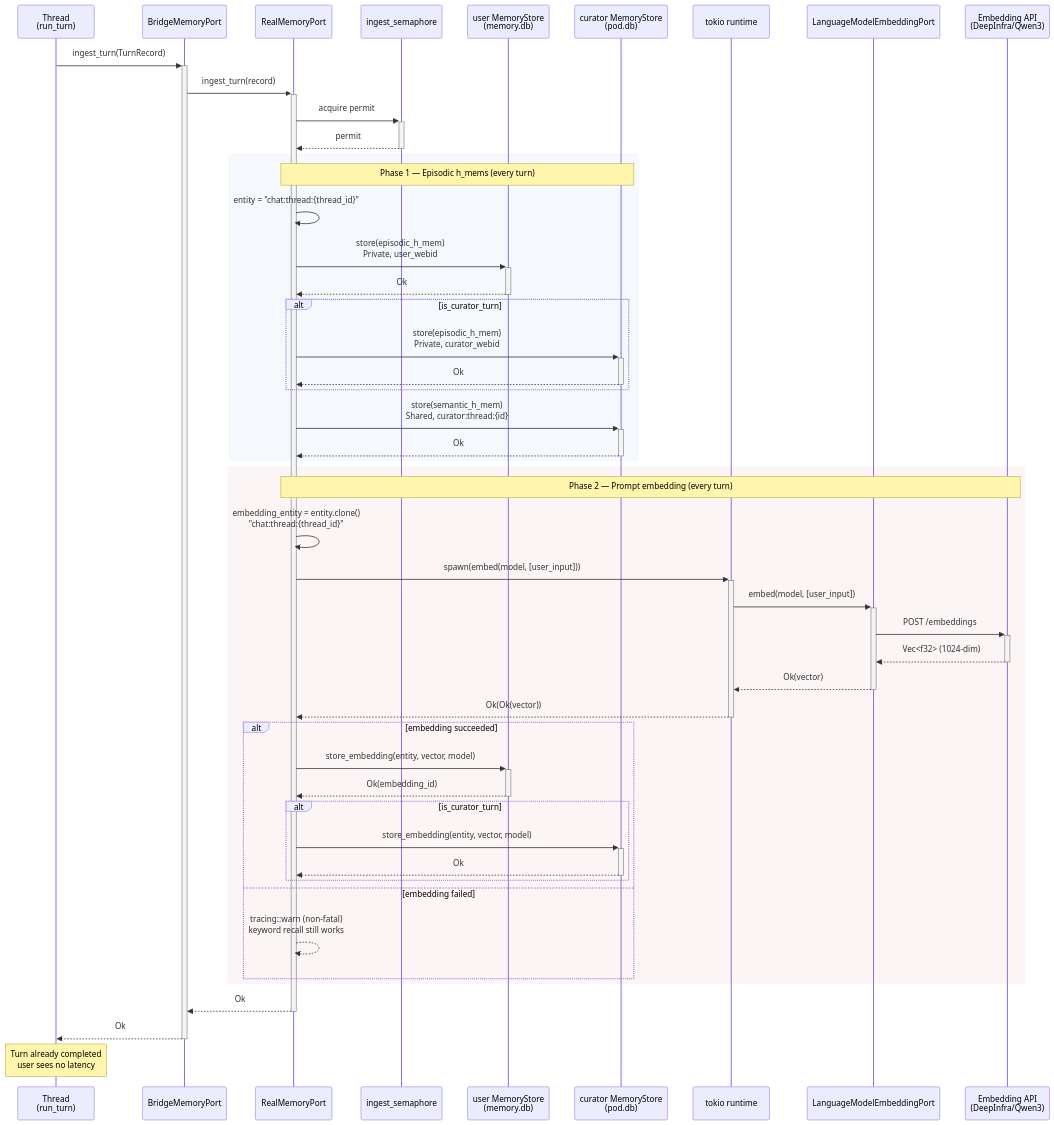
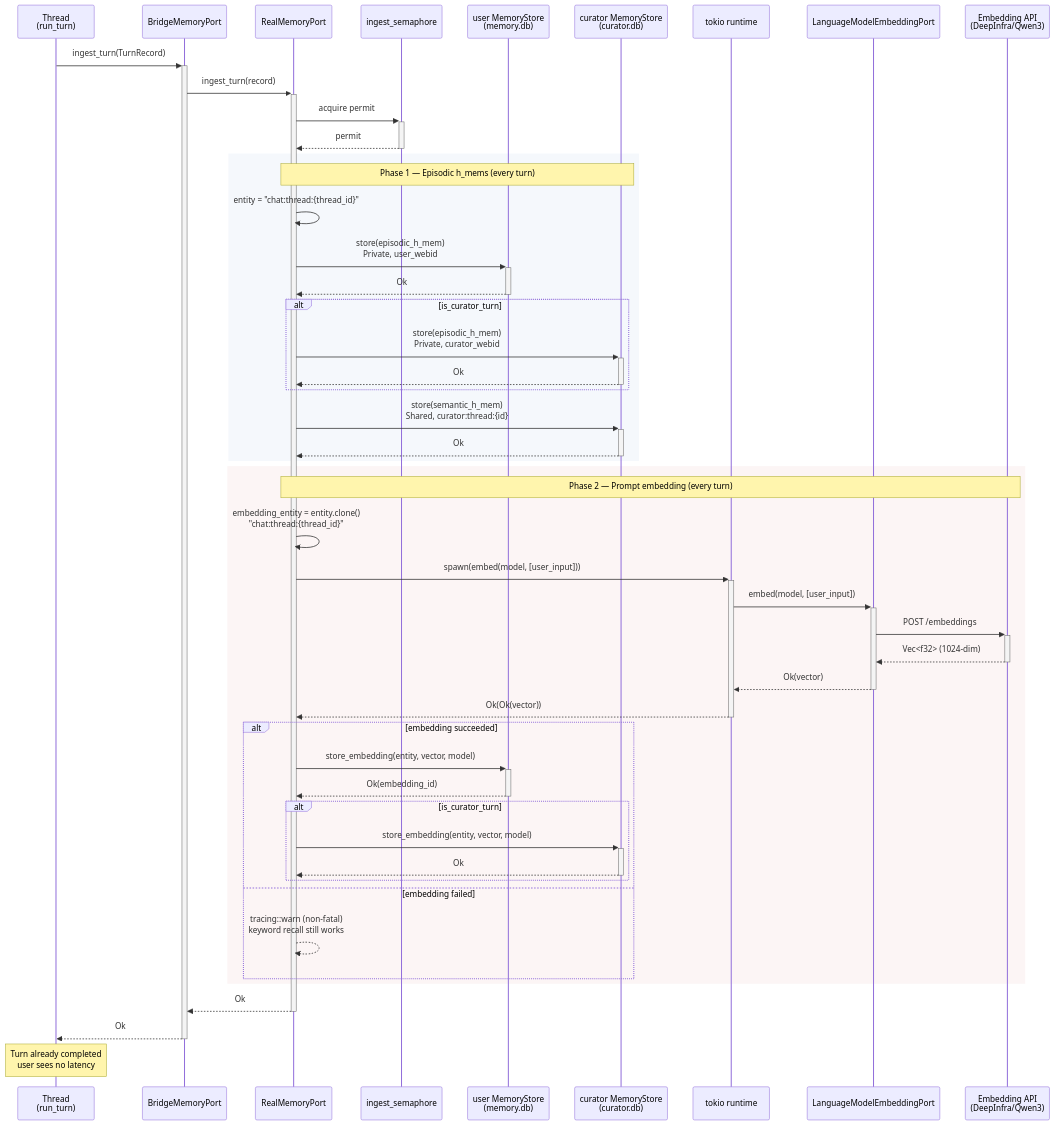
One commit to mdz-axo/zed-kask changed the diagram in kask/docs/diagrams/sequence-memory-ingest.md. Above: the diagram before and after it, drawn with Mermaid. The commit also changed 18 other files, not shown here.

First line of the commit message:
Clean up obsolete analysis docs and add ERD

````diff
--- a/kask/docs/diagrams/sequence-memory-ingest.md
+++ b/kask/docs/diagrams/sequence-memory-ingest.md
@@ -23,60 +23,60 @@
 ```mermaid
 sequenceDiagram
     participant Thread as Thread<br/>(run_turn)
     participant Bridge as BridgeMemoryPort
     participant Real as RealMemoryPort
     participant Sem as ingest_semaphore
     participant UserStore as user MemoryStore<br/>(memory.db)
-    participant CuratorStore as curator MemoryStore<br/>(pod.db)
+    participant CuratorStore as curator MemoryStore<br/>(curator.db)
     participant Tokio as tokio runtime
     participant EmbedPort as LanguageModelEmbeddingPort
     participant EmbedProvider as Embedding API<br/>(DeepInfra/Qwen3)
 
     Thread->>+Bridge: ingest_turn(TurnRecord)
     Bridge->>+Real: ingest_turn(record)
     Real->>+Sem: acquire permit
     Sem-->>-Real: permit
 
     rect rgb(245, 248, 252)
         Note over Real,CuratorStore: Phase 1 — Episodic h_mems (every turn)
 
         Real->>Real: entity = "chat:thread:{thread_id}"
         Real->>+UserStore: store(episodic_h_mem)<br/>Private, user_webid
         UserStore-->>-Real: Ok
 
         alt is_curator_turn
             Real->>+CuratorStore: store(episodic_h_mem)<br/>Private, curator_webid
             CuratorStore-->>-Real: Ok
         end
 
         Real->>+CuratorStore: store(semantic_h_mem)<br/>Shared, curator:thread:{id}
         CuratorStore-->>-Real: Ok
     end
 
     rect rgb(252, 245, 245)
         Note over Real,EmbedProvider: Phase 2 — Prompt embedding (every turn)
 
         Real->>Real: embedding_entity = entity.clone()<br/>"chat:thread:{thread_id}"
         Real->>+Tokio: spawn(embed(model, [user_input]))
         Tokio->>+EmbedPort: embed(model, [user_input])
         EmbedPort->>+EmbedProvider: POST /embeddings
         EmbedProvider-->>-EmbedPort: Vec<f32> (1024-dim)
         EmbedPort-->>-Tokio: Ok(vector)
         Tokio-->>-Real: Ok(Ok(vector))
 
         alt embedding succeeded
             Real->>+UserStore: store_embedding(entity, vector, model)
             UserStore-->>-Real: Ok(embedding_id)
             alt is_curator_turn
                 Real->>+CuratorStore: store_embedding(entity, vector, model)
                 CuratorStore-->>-Real: Ok
             end
         else embedding failed
             Real-->>Real: tracing::warn (non-fatal)<br/>keyword recall still works
         end
     end
 
     Real-->>-Bridge: Ok
     Bridge-->>-Thread: Ok
     Note over Thread: Turn already completed<br/>user sees no latency
 ```
````
